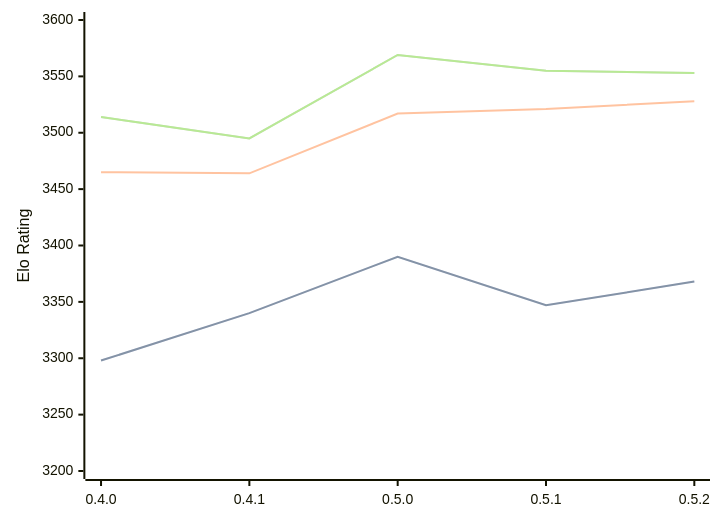
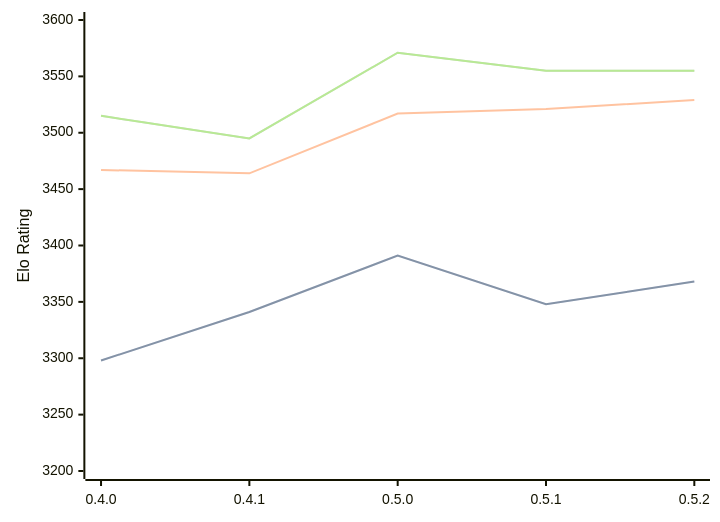
Before and after one commit to computer-chess-index/cci: the diagram in engines/Cinder.md, drawn with Mermaid. The commit also changed other lines of this file, not shown here.

Commit message:
Update CCI Ratings (ELO VLTC) - 2026-07-24

````diff
--- a/engines/Cinder.md
+++ b/engines/Cinder.md
@@ -43,11 +43,11 @@
 ```mermaid
 %%{init: {"theme":"base","themeVariables":{"seriesColors:['#a3a3a3','#222221','#faa371']}}}%%
 xychart-beta
   x-axis ["0.4.0", "0.4.1", "0.5.0", "0.5.1", "0.5.2"]
   y-axis "Elo Rating" 3200 --> 3600
-  line "STC (8.0+0.08s)" [3298, 3340, 3390, 3347, 3368]
-  line "STC (8.0+0.08s)" [3298, 3340, 3390, 3347, 3368]
-  line "LTC (60.0+0.60s)" [3465, 3464, 3517, 3521, 3528]
-  line "VLTC (2m24s+1.12s)" [3514, 3495, 3569, 3555, 3553]
-  line "VLTC (2m24s+1.12s)" [3514, 3495, 3569, 3555, 3553]
+  line "STC (8.0+0.08s)" [3298, 3341, 3391, 3348, 3368]
+  line "STC (8.0+0.08s)" [3298, 3341, 3391, 3348, 3368]
+  line "LTC (60.0+0.60s)" [3467, 3464, 3517, 3521, 3529]
+  line "VLTC (2m24s+1.12s)" [3515, 3495, 3571, 3555, 3555]
+  line "VLTC (2m24s+1.12s)" [3515, 3495, 3571, 3555, 3555]
 ```
````
